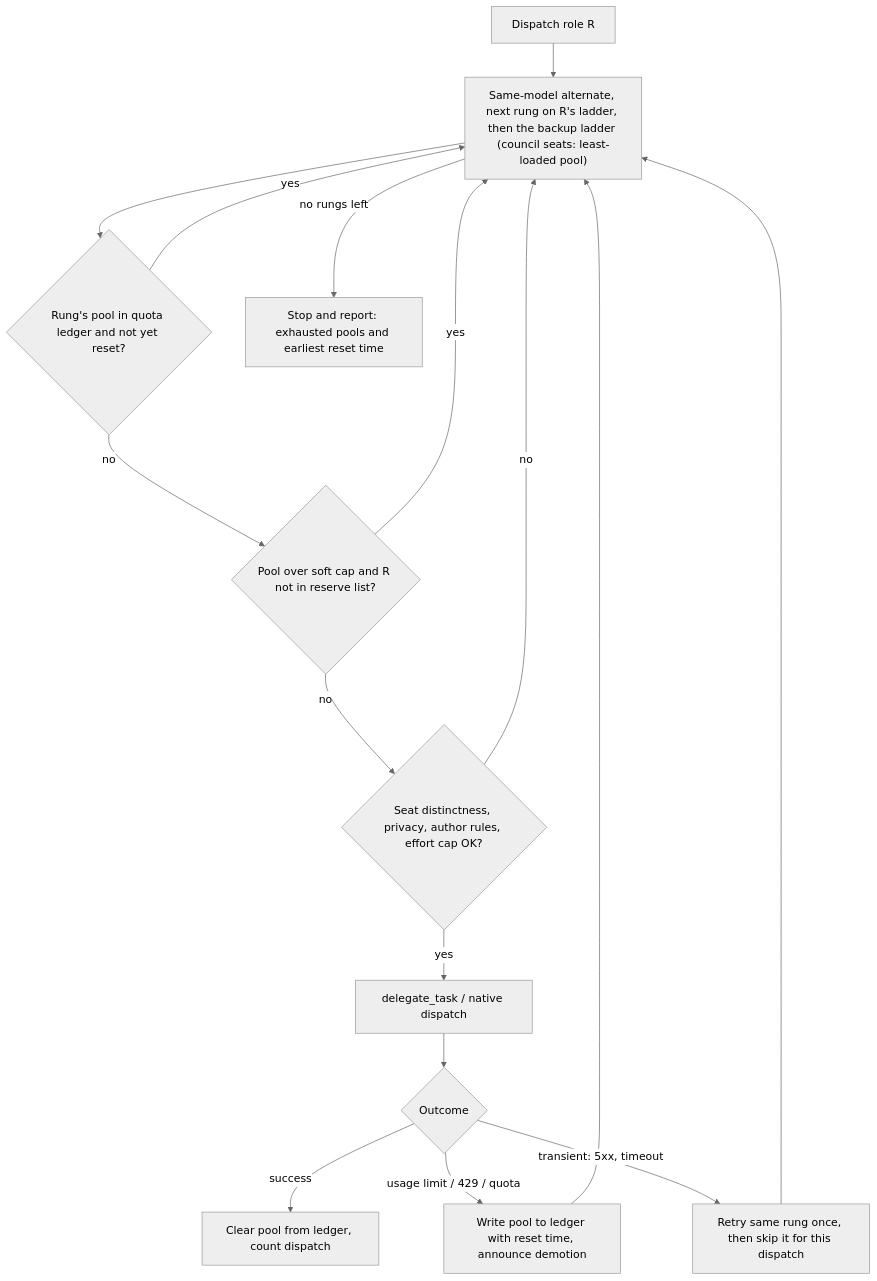
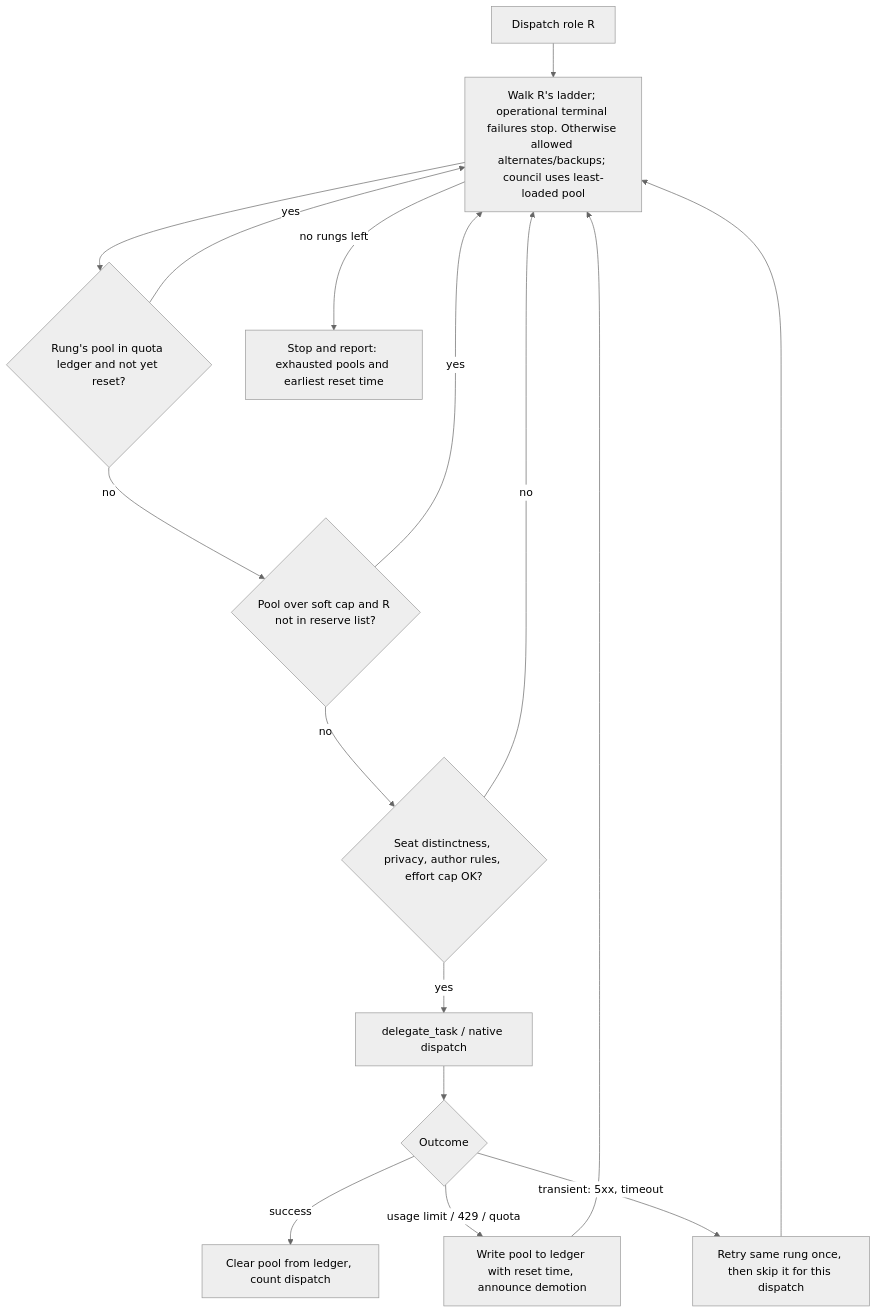
One commit to DennisLoska/skills changed the third of 3 diagrams in README.md. Above: the diagram before and after it, drawn with Mermaid (neutral theme). The commit also changed other lines of this file and 16 other files, not shown here.

````diff
--- a/README.md
+++ b/README.md
@@ -370,16 +370,16 @@
 ```mermaid
 flowchart TD
-    D["Dispatch role R"] --> W["Same-model alternate, next rung on R's ladder, then the backup ladder (council seats: least-loaded pool)"]
+    D["Dispatch role R"] --> W["Walk R's ladder; operational terminal failures stop. Otherwise allowed alternates/backups; council uses least-loaded pool"]
     W --> L{"Rung's pool in quota ledger and not yet reset?"}
     L -- yes --> W
     L -- no --> C{"Pool over soft cap and R not in reserve list?"}
     C -- yes --> W
     C -- no --> G{"Seat distinctness, privacy, author rules, effort cap OK?"}
     G -- no --> W
     G -- yes --> X["delegate_task / native dispatch"]
     X --> O{"Outcome"}
     O -- success --> S["Clear pool from ledger, count dispatch"]
     O -- "usage limit / 429 / quota" --> Q["Write pool to ledger with reset time, announce demotion"] --> W
     O -- "transient: 5xx, timeout" --> T["Retry same rung once, then skip it for this dispatch"] --> W
     W -- "no rungs left" --> STOP["Stop and report: exhausted pools and earliest reset time"]
 ```
````
